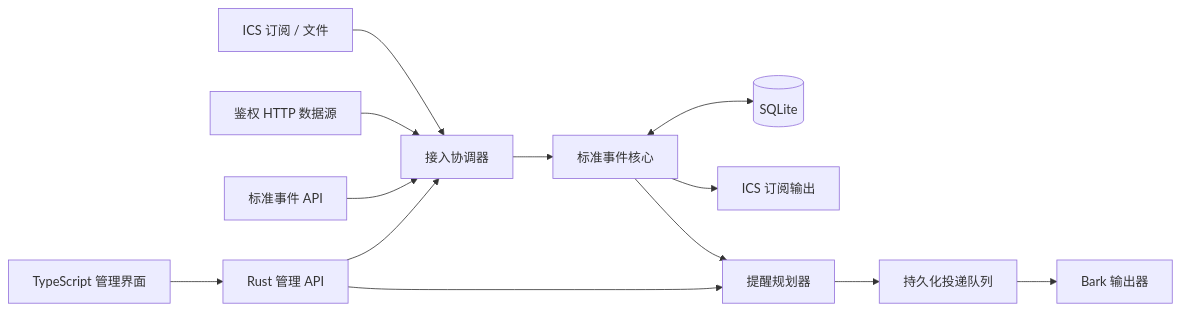
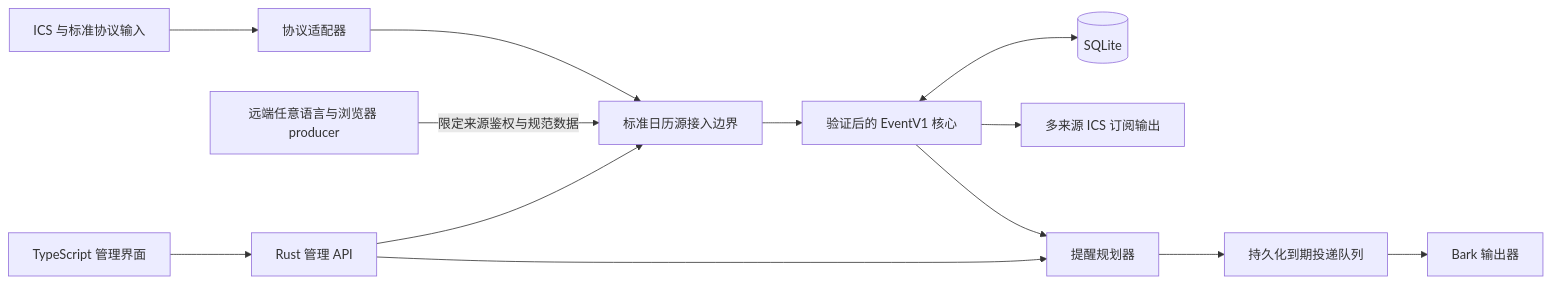
Before and after one commit to freesialuo/CalRelay: the diagram in README.md, drawn with Mermaid. The commit also changed other lines of this file and 5 other files, not shown here.

````diff
--- a/README.md
+++ b/README.md
@@ -7,15 +11,15 @@
 ```mermaid
 flowchart LR
-    ICS[ICS 订阅 / 文件] --> A[接入协调器]
-    HTTP[鉴权 HTTP 数据源] --> A
-    API[标准事件 API] --> A
-    A --> C[标准事件核心]
+    ICS[ICS 与标准协议输入] --> Adapter[协议适配器]
+    Adapter --> A[标准日历源接入边界]
+    Producer[远端任意语言与浏览器 producer] -->|限定来源鉴权与规范数据| A
+    A --> C[验证后的 EventV1 核心]
     C <--> DB[(SQLite)]
-    C --> F[ICS 订阅输出]
+    C --> F[多来源 ICS 订阅输出]
     C --> P[提醒规划器]
-    P --> Q[持久化投递队列]
+    P --> Q[持久化到期投递队列]
     Q --> B[Bark 输出器]
     UI[TypeScript 管理界面] --> ADM[Rust 管理 API]
     ADM --> A
     ADM --> P
 ```
````
